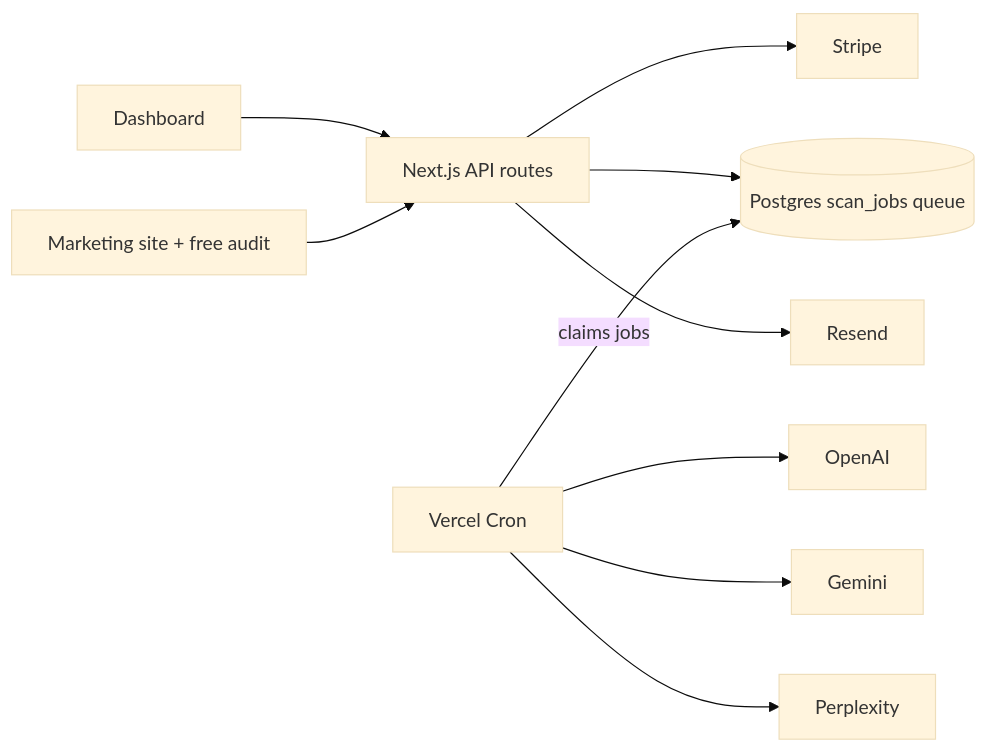
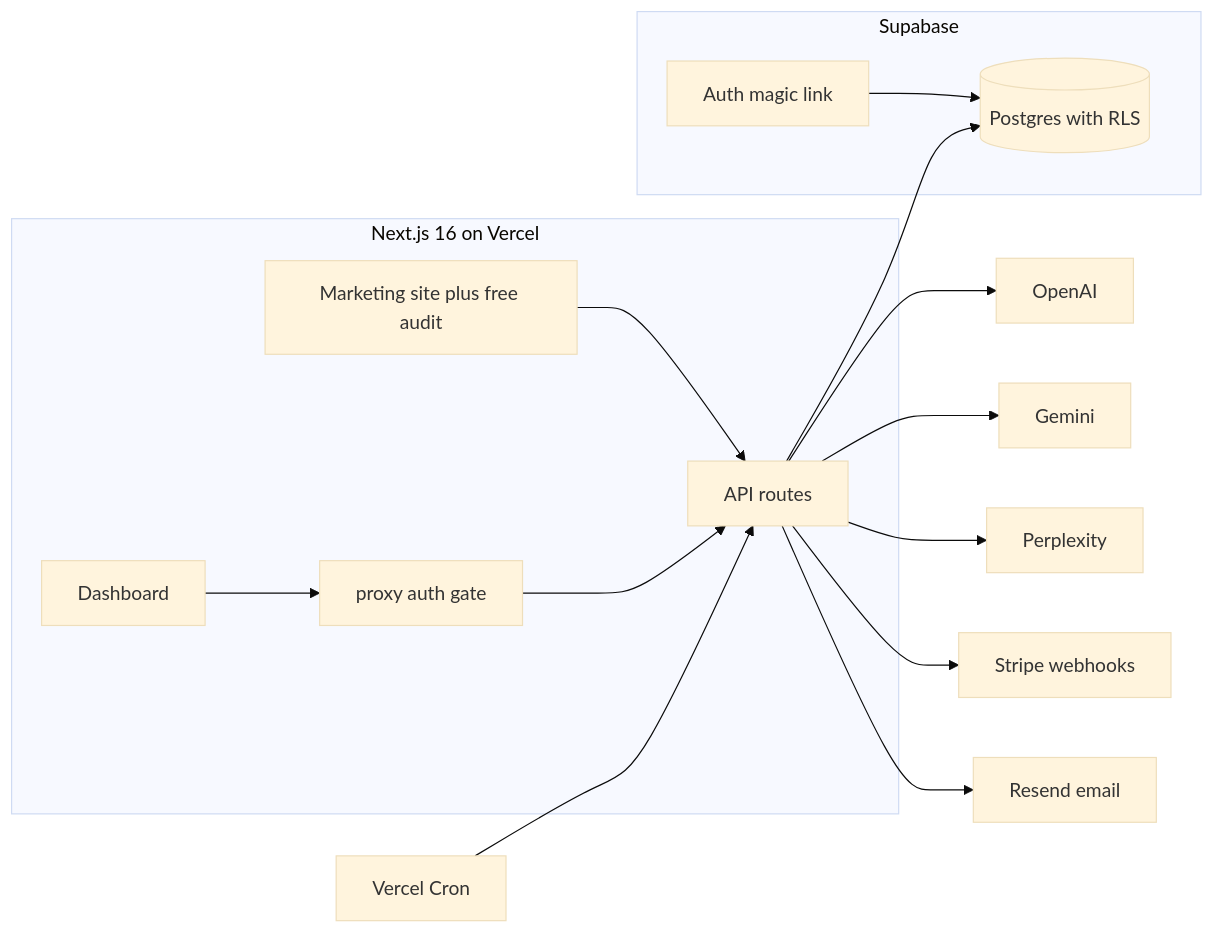
One commit to kandulanikhilvarma/firstchair changed the second of 2 diagrams in README.md. Above: the diagram before and after it, drawn with Mermaid (base theme). The commit also changed other lines of this file and 1 other file, not shown here.

First line of the commit message:
docs: visual README with hero, architecture and scan-pipeline diagrams (#38)

````diff
--- a/README.md
+++ b/README.md
@@ -28,9 +86,23 @@
 ```mermaid
 flowchart LR
-  A[Marketing site + free audit] --> C[Next.js API routes]
-  B[Dashboard] --> C
-  D[Vercel Cron] -->|claims jobs| E[(Postgres scan_jobs queue)]
-  D --> F[OpenAI] & G[Gemini] & H[Perplexity]
-  C --> E
-  C --> I[Stripe] & J[Resend]
+    subgraph edge["Next.js 16 on Vercel"]
+        M[Marketing site plus free audit]
+        D[Dashboard]
+        API[API routes]
+        P[proxy auth gate]
+    end
+    subgraph data["Supabase"]
+        DB[(Postgres with RLS)]
+        AUTH[Auth magic link]
+    end
+    M --> API
+    D --> P --> API
+    API --> DB
+    AUTH --> DB
+    CRON[Vercel Cron] --> API
+    API --> OAI[OpenAI]
+    API --> GEM[Gemini]
+    API --> PPX[Perplexity]
+    API --> STR[Stripe webhooks]
+    API --> RES[Resend email]
 ```
````
